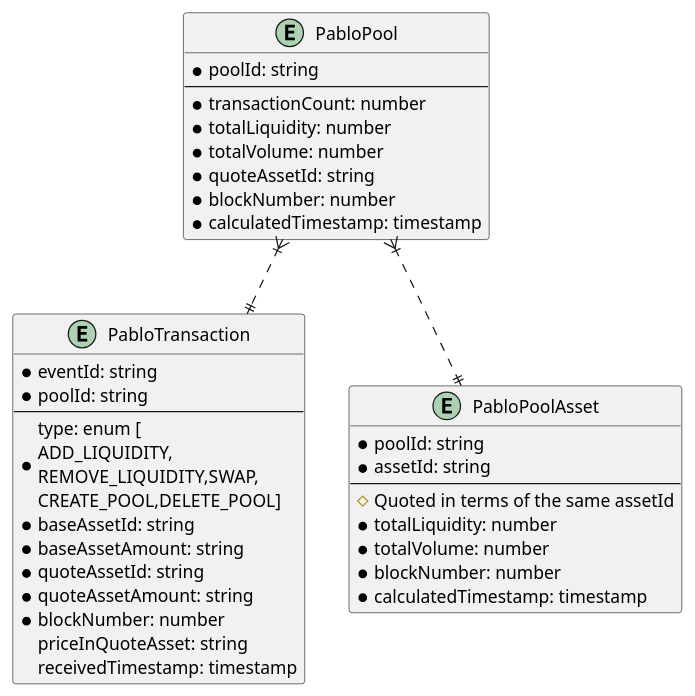
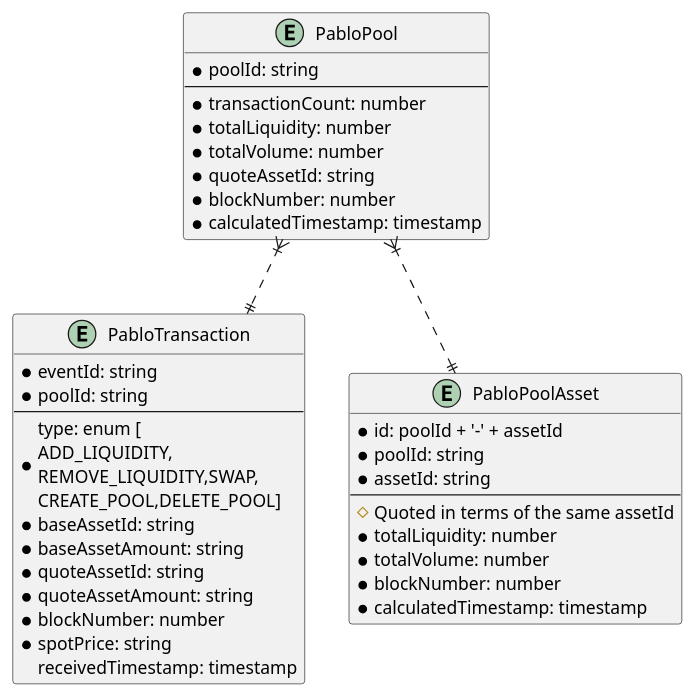
Before and after one commit to ComposableFi/composable: the first of 2 diagrams in subsquid/design.adoc, drawn with PlantUML. The commit also changed 4 other files, not shown here.

```diff
--- a/subsquid/design.adoc
+++ b/subsquid/design.adoc
@@ -29,41 +29,42 @@
 [plantuml,images/pablo-squid-entities,png]
 ----
 entity PabloTransaction {
     * eventId: string
     * poolId: string
     --
     * type: enum [\nADD_LIQUIDITY,\nREMOVE_LIQUIDITY,SWAP,\nCREATE_POOL,DELETE_POOL]
     * baseAssetId: string
     * baseAssetAmount: string
     * quoteAssetId: string
     * quoteAssetAmount: string
     * blockNumber: number
-    priceInQuoteAsset: string
+    * spotPrice: string
     receivedTimestamp: timestamp
 }
 
 entity PabloPool {
     * poolId: string
     --
     * transactionCount: number
     * totalLiquidity: number
     * totalVolume: number
     * quoteAssetId: string
     * blockNumber: number
     * calculatedTimestamp: timestamp
 }
 
 entity PabloPoolAsset {
+    * id: poolId + '-' + assetId
     * poolId: string
     * assetId: string
     --
     # Quoted in terms of the same assetId
     * totalLiquidity: number
     * totalVolume: number
     * blockNumber: number
     * calculatedTimestamp: timestamp
 }
 
 PabloPool }|..|| PabloTransaction
 PabloPool }|..|| PabloPoolAsset
 ----
```
